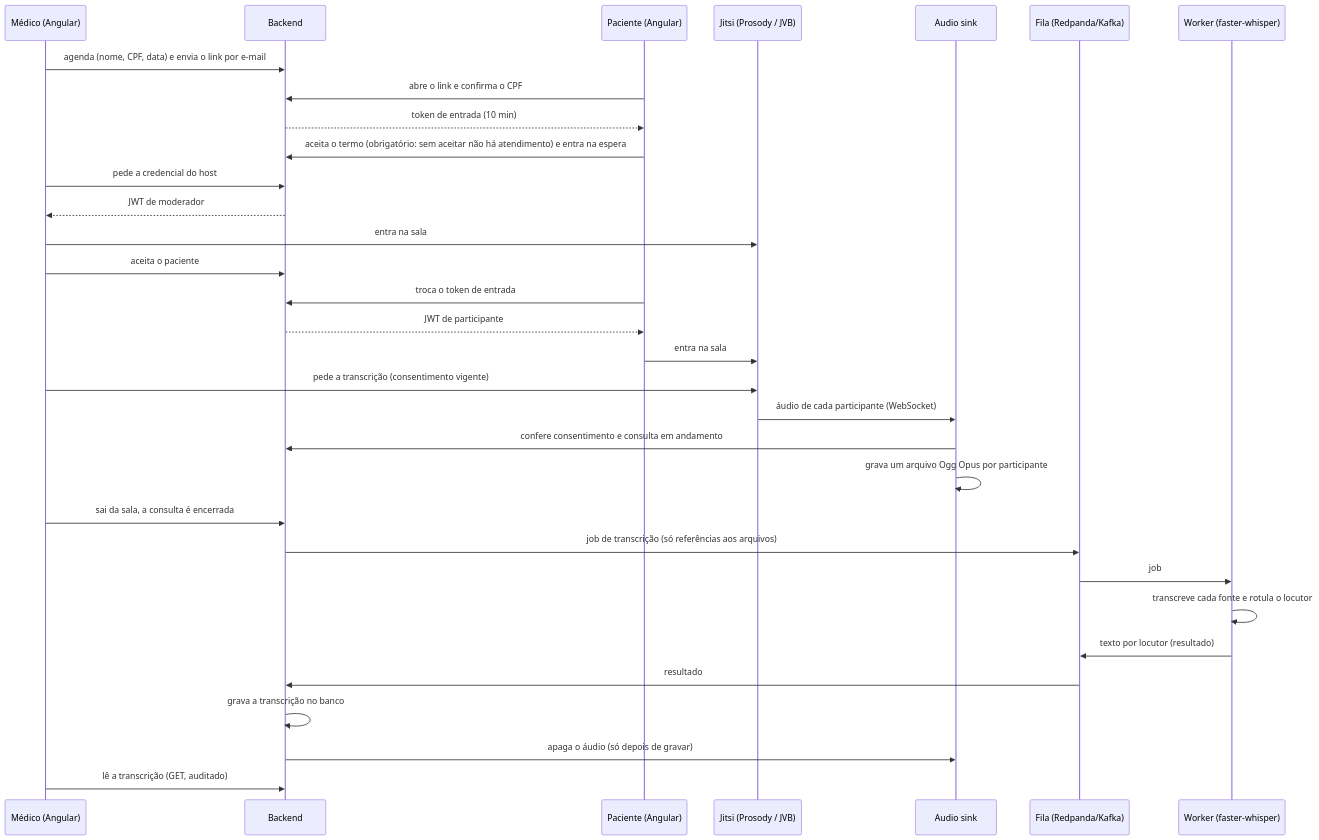
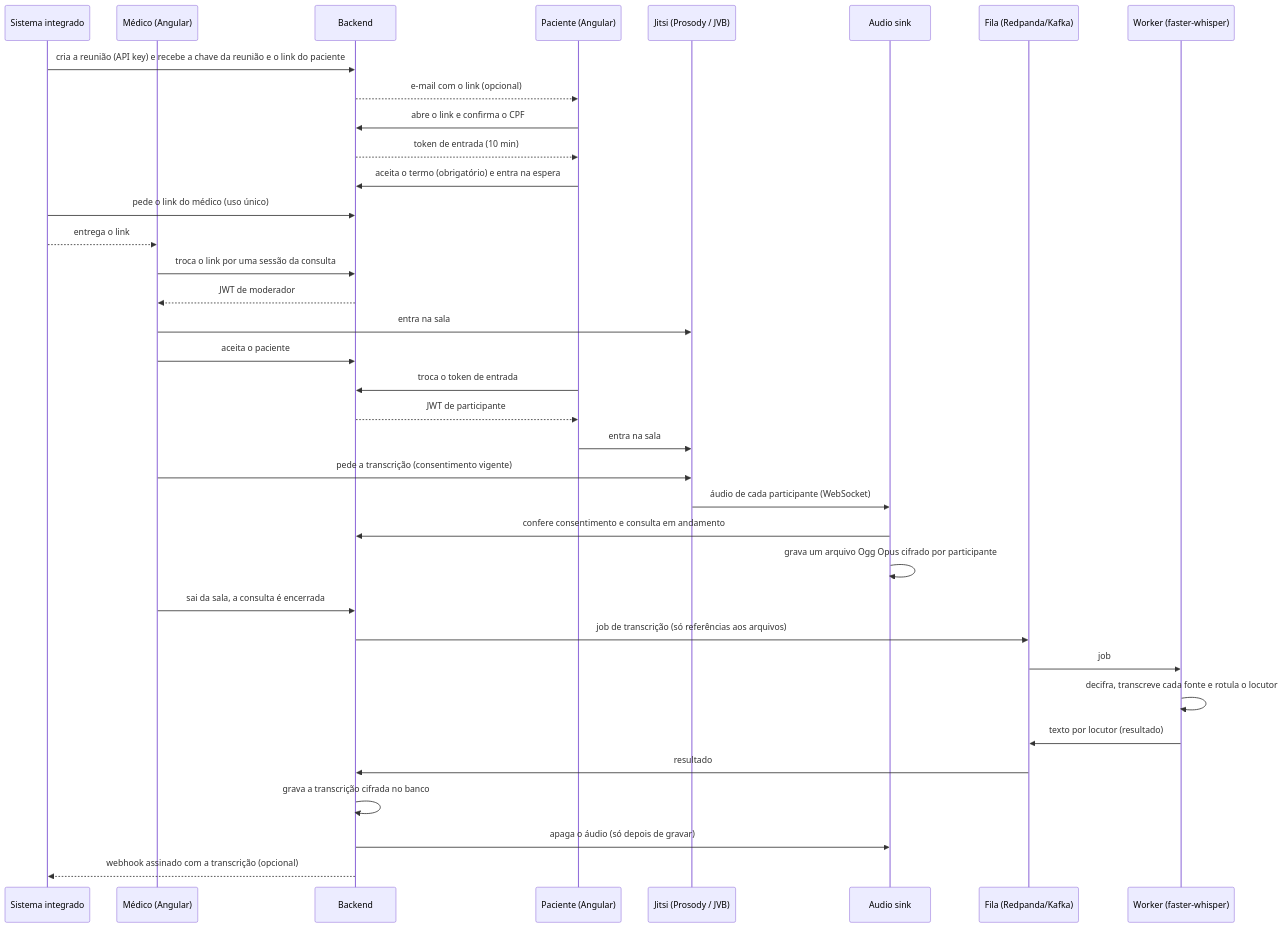
One commit to rbiasibetti/MediLink changed the second of 3 diagrams in README.md. Above: the diagram before and after it, drawn with Mermaid. The commit also changed other lines of this file and 4 other files, not shown here.

First line of the commit message:
docs: README detalhado com guia de implantação em produção; sem usuário padrão no perfil prod

````diff
--- a/README.md
+++ b/README.md
@@ -116,35 +158,39 @@
 ```mermaid
 sequenceDiagram
+    participant X as Sistema integrado
     participant M as Médico (Angular)
     participant B as Backend
     participant Pa as Paciente (Angular)
     participant J as Jitsi (Prosody / JVB)
     participant S as Audio sink
     participant K as Fila (Redpanda/Kafka)
     participant W as Worker (faster-whisper)
 
-    M->>B: agenda (nome, CPF, data) e envia o link por e-mail
+    X->>B: cria a reunião (API key) e recebe a chave da reunião e o link do paciente
+    B-->>Pa: e-mail com o link (opcional)
     Pa->>B: abre o link e confirma o CPF
     B-->>Pa: token de entrada (10 min)
-    Pa->>B: aceita o termo (obrigatório: sem aceitar não há atendimento) e entra na espera
-    M->>B: pede a credencial do host
+    Pa->>B: aceita o termo (obrigatório) e entra na espera
+    X->>B: pede o link do médico (uso único)
+    X-->>M: entrega o link
+    M->>B: troca o link por uma sessão da consulta
     B-->>M: JWT de moderador
     M->>J: entra na sala
     M->>B: aceita o paciente
     Pa->>B: troca o token de entrada
     B-->>Pa: JWT de participante
     Pa->>J: entra na sala
     M->>J: pede a transcrição (consentimento vigente)
     J->>S: áudio de cada participante (WebSocket)
     S->>B: confere consentimento e consulta em andamento
-    S->>S: grava um arquivo Ogg Opus por participante
+    S->>S: grava um arquivo Ogg Opus cifrado por participante
     M->>B: sai da sala, a consulta é encerrada
     B->>K: job de transcrição (só referências aos arquivos)
     K->>W: job
-    W->>W: transcreve cada fonte e rotula o locutor
+    W->>W: decifra, transcreve cada fonte e rotula o locutor
     W->>K: texto por locutor (resultado)
     K->>B: resultado
-    B->>B: grava a transcrição no banco
+    B->>B: grava a transcrição cifrada no banco
     B->>S: apaga o áudio (só depois de gravar)
-    M->>B: lê a transcrição (GET, auditado)
+    B-->>X: webhook assinado com a transcrição (opcional)
 ```
````
